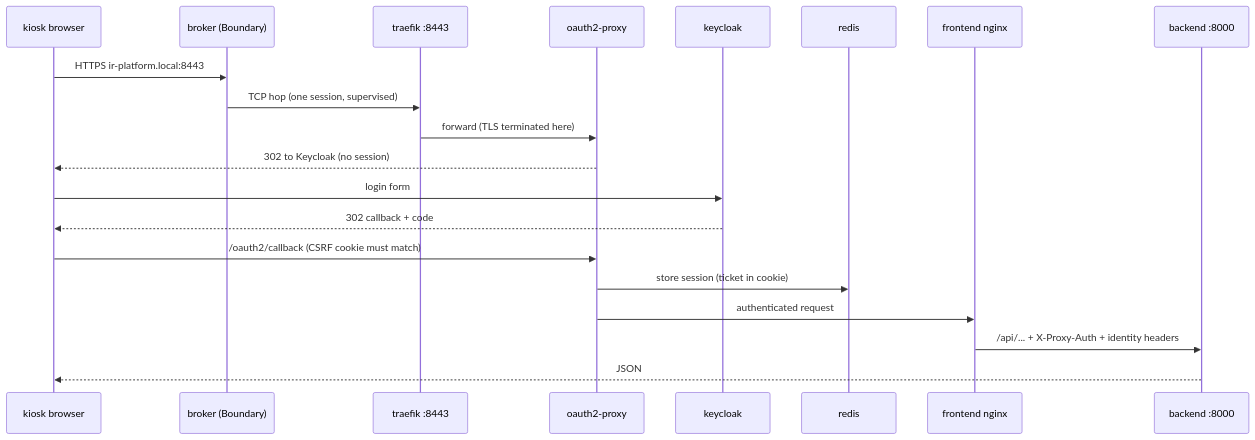
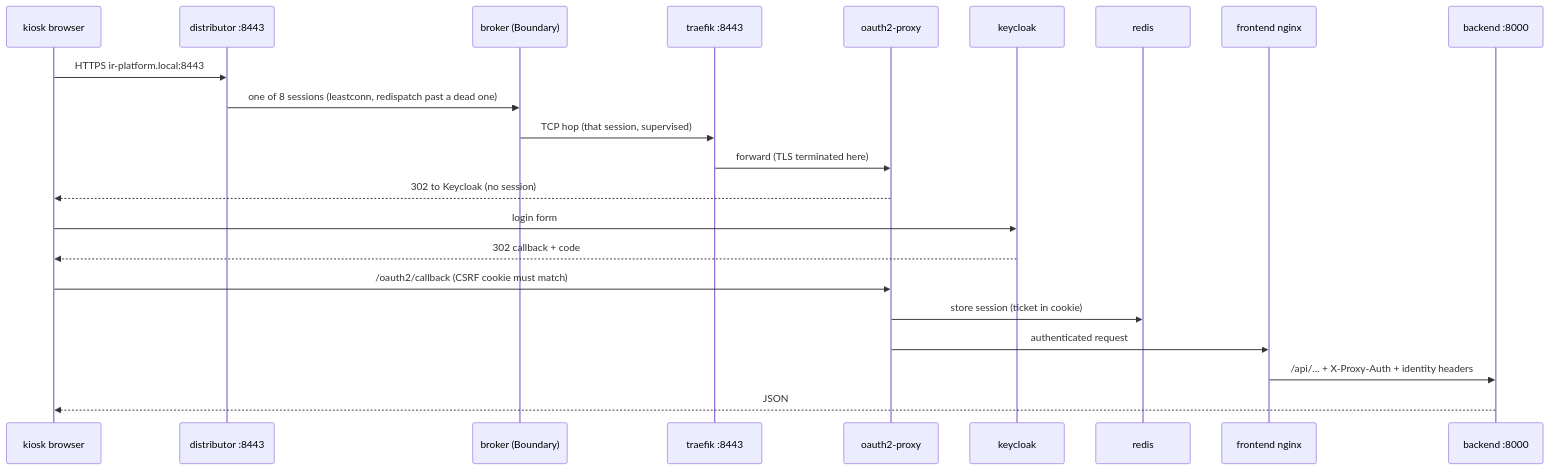
Before and after one commit to robert-iw3/dfir: the second of 4 diagrams in platform/troubleshooting/TOPOLOGY.md, drawn with Mermaid. The commit also changed other lines of this file and 139 other files, not shown here.

````diff
--- a/platform/troubleshooting/TOPOLOGY.md
+++ b/platform/troubleshooting/TOPOLOGY.md
@@ -84,23 +86,25 @@
 ```mermaid
 sequenceDiagram
   participant B as kiosk browser
+  participant D as distributor :8443
   participant K as broker (Boundary)
   participant T as traefik :8443
   participant O as oauth2-proxy
   participant KC as keycloak
   participant R as redis
   participant F as frontend nginx
   participant A as backend :8000
 
-  B->>K: HTTPS ir-platform.local:8443
-  K->>T: TCP hop (one session, supervised)
+  B->>D: HTTPS ir-platform.local:8443
+  D->>K: one of 8 sessions (leastconn, redispatch past a dead one)
+  K->>T: TCP hop (that session, supervised)
   T->>O: forward (TLS terminated here)
   O-->>B: 302 to Keycloak (no session)
   B->>KC: login form
   KC-->>B: 302 callback + code
   B->>O: /oauth2/callback (CSRF cookie must match)
   O->>R: store session (ticket in cookie)
   O->>F: authenticated request
   F->>A: /api/... + X-Proxy-Auth + identity headers
   A-->>B: JSON
 ```
````
